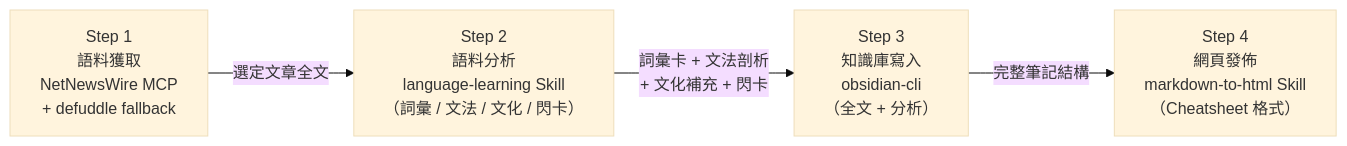
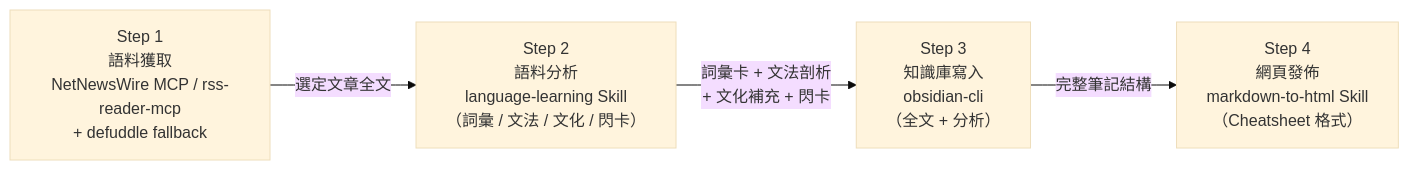
Before and after one commit to howard-haowen/ibm-bobathon: the diagram in AGENTS.md, drawn with Mermaid (base theme). The commit also changed other lines of this file, not shown here.

First line of the commit message:
docs(agents): support rss-reader-mcp fallback and Chinese-source article workflow

````diff
--- a/AGENTS.md
+++ b/AGENTS.md
@@ -23,11 +23,11 @@
 ```mermaid
 flowchart LR
-    A["Step 1\n語料獲取\nNetNewsWire MCP\n+ defuddle fallback"]
+    A["Step 1\n語料獲取\nNetNewsWire MCP / rss-reader-mcp\n+ defuddle fallback"]
     B["Step 2\n語料分析\nlanguage-learning Skill\n（詞彙 / 文法 / 文化 / 閃卡）"]
     C["Step 3\n知識庫寫入\nobsidian-cli\n（全文 + 分析）"]
     D["Step 4\n網頁發佈\nmarkdown-to-html Skill\n（Cheatsheet 格式）"]
 
     A -->|"選定文章全文"| B
     B -->|"詞彙卡 + 文法剖析\n+ 文化補充 + 閃卡"| C
     C -->|"完整筆記結構"| D
 ```
````
